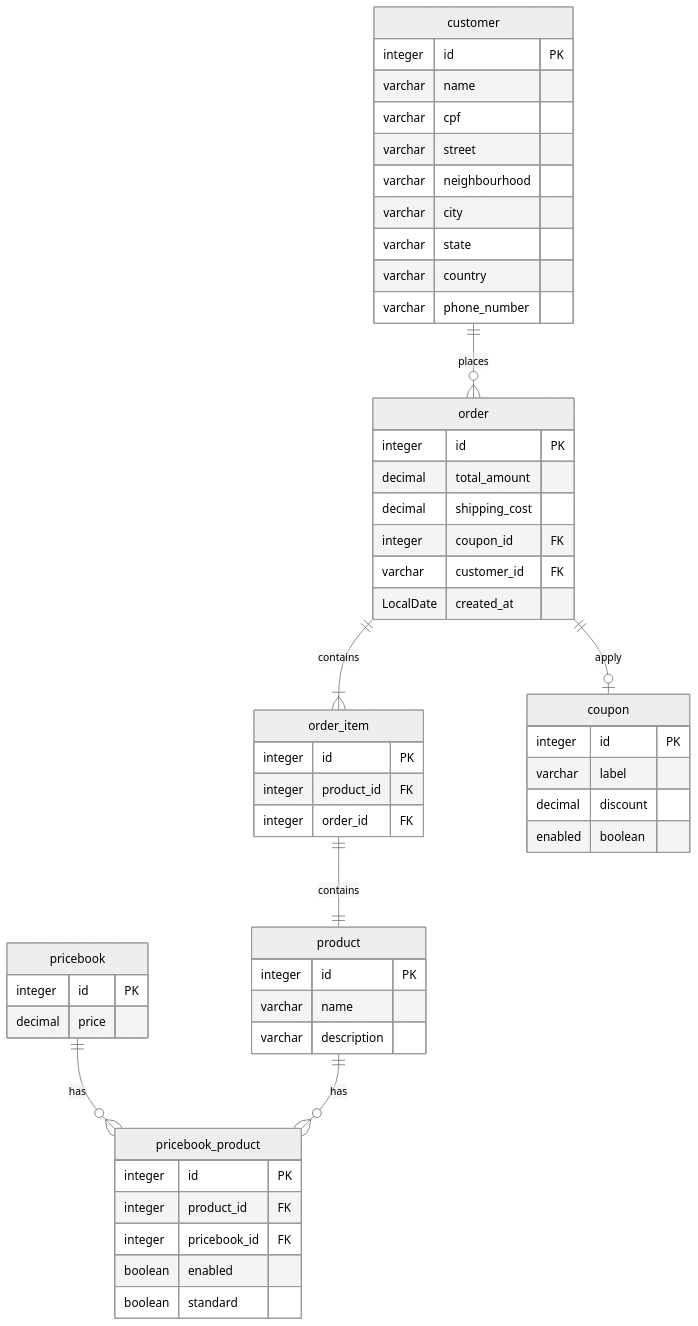
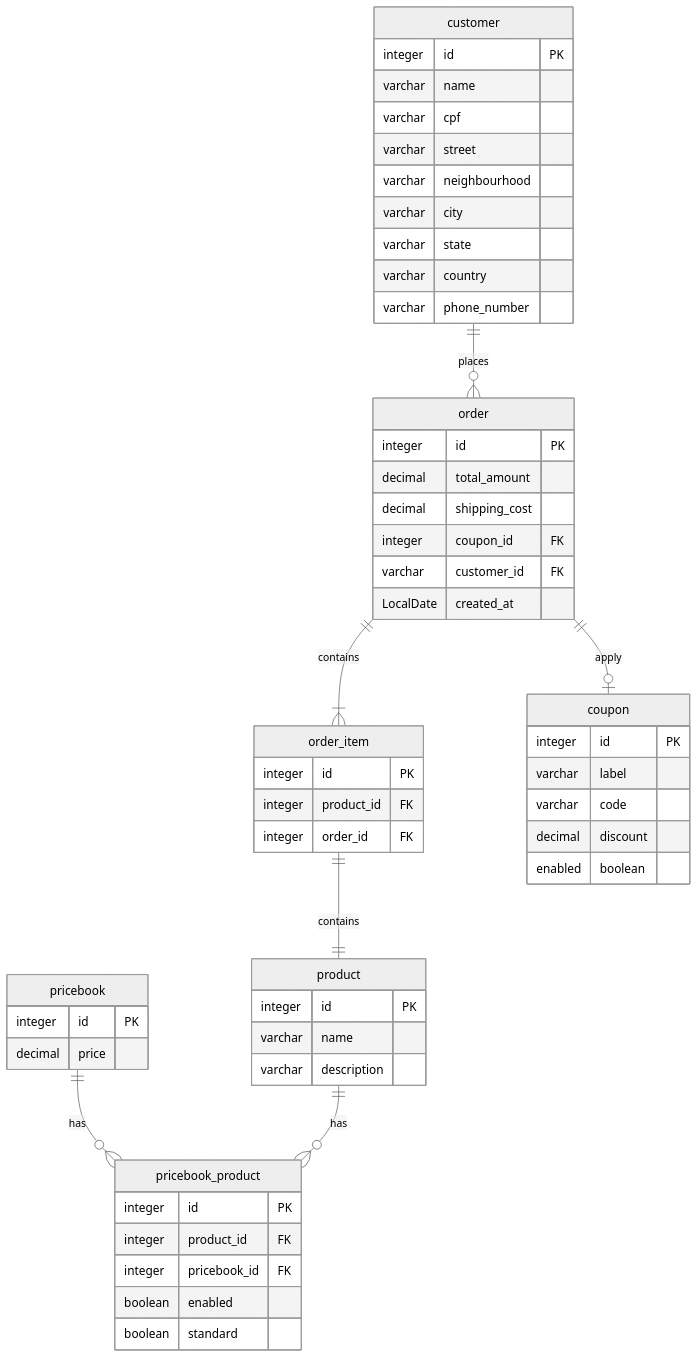
One commit to matheusg-morillo/ecommerce-messaging changed the diagram in readme.md. Above: the diagram before and after it, drawn with Mermaid (neutral theme).

Commit message:
add code field to coupon

````diff
--- a/readme.md
+++ b/readme.md
@@ -58,68 +58,69 @@
 ```mermaid
     erDiagram
     
     customer {
         integer id PK
         varchar name
         varchar cpf
         varchar street
         varchar neighbourhood
         varchar city
         varchar state
         varchar country
         varchar phone_number
     } 
 
     order {
         integer id PK
         decimal total_amount
         decimal shipping_cost
         integer coupon_id FK
         varchar customer_id FK
         LocalDate created_at
     }
 
     order_item {
         integer id PK
         integer product_id FK
         integer order_id FK
     } 
     
     product {
         integer id PK
         varchar name
         varchar description
     } 
     
     pricebook {
         integer id PK
         decimal price
     }
     
     pricebook_product {
         integer id PK
         integer product_id FK
         integer pricebook_id FK
         boolean enabled
         boolean standard
     }
     
     coupon {
         integer id PK
         varchar label
+        varchar code
         decimal discount
         enabled boolean
     }
     
     customer ||--o{ order : places
     
     order ||--|{ order_item : contains
     
     order_item ||--|| product : contains
     
     pricebook ||--o{ pricebook_product : has
     
     product ||--o{ pricebook_product : has
     
     order ||--o| coupon : apply
 ```
````
